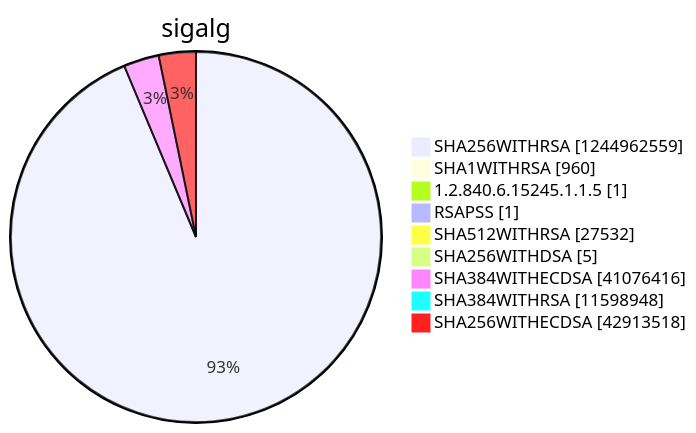
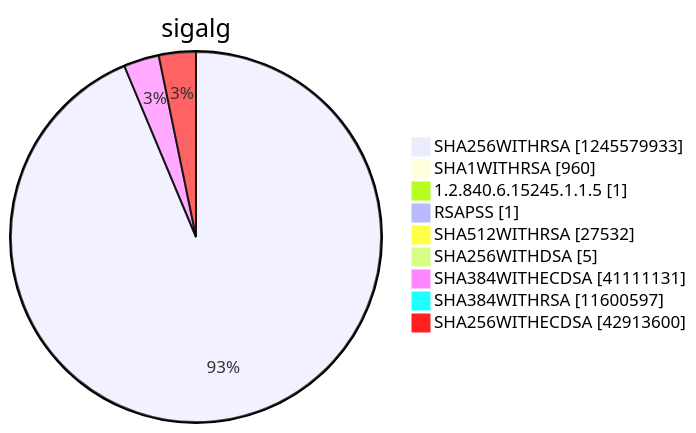
Before and after one commit to christiankrug/ctmonitor_visualization: diagram 15 of 15 in argon2022/README.md, drawn with Mermaid. The commit also changed other lines of this file, not shown here.

````diff
--- a/argon2022/README.md
+++ b/argon2022/README.md
@@ -5522,13 +5522,13 @@
 ```mermaid
 pie showData
 title sigalg
-"SHA256WITHRSA" :1244962559
+"SHA256WITHRSA" :1245579933
 "SHA1WITHRSA" :960
 "1.2.840.6.15245.1.1.5" :1
 "RSAPSS" :1
 "SHA512WITHRSA" :27532
 "SHA256WITHDSA" :5
-"SHA384WITHECDSA" :41076416
-"SHA384WITHRSA" :11598948
-"SHA256WITHECDSA" :42913518
+"SHA384WITHECDSA" :41111131
+"SHA384WITHRSA" :11600597
+"SHA256WITHECDSA" :42913600
 ```
````
